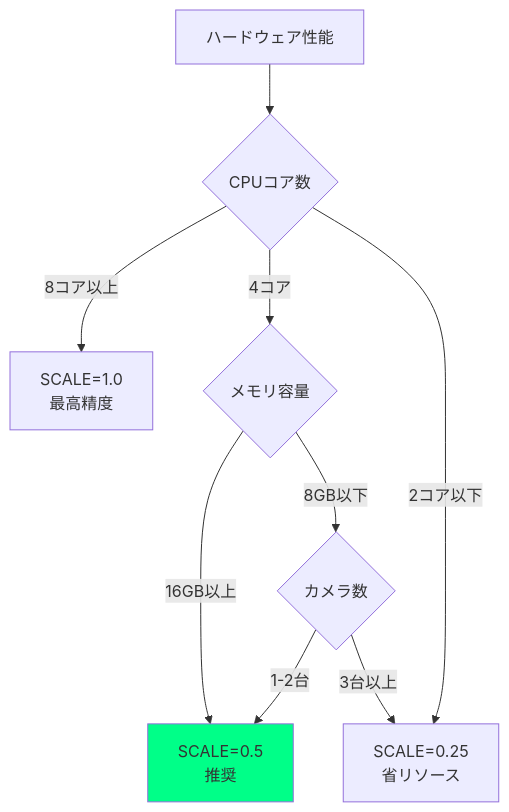
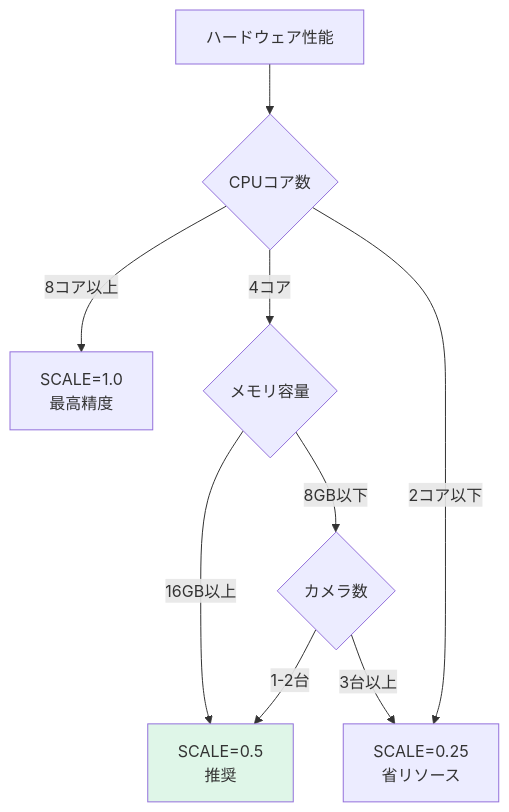
The first of 2 diagrams in documents/CONFIGURATION_GUIDE.md (Masakai/meteo), drawn with Mermaid before and after one commit. The commit also changed 8 other files, not shown here.

Commit message:
- Mermaidダイアグラム用スタイルのカラーパレットを調整   - セーフティカラーを温和なトーンへ変更   - Mermaidテーマ設定のドキュメントやスクリプトを更新 - WebRTC/Go2RTC関連のドキュメント強化   - `go2rtc` コンテナ仕様、図解を追加   - ダッシュボード埋め込み方式とストリーミング設定を反映   - 構築手順にポートや依存関係情報を補足

````diff
--- a/documents/CONFIGURATION_GUIDE.md
+++ b/documents/CONFIGURATION_GUIDE.md
@@ -659,24 +659,24 @@
 ```mermaid
 flowchart TD
     Start["ハードウェア性能"]
     CheckCPU{"CPUコア数"}
     CheckMem{"メモリ容量"}
     CheckCamera{"カメラ数"}
 
     Scale100["SCALE=1.0<br/>最高精度"]
     Scale050["SCALE=0.5<br/>推奨"]
     Scale025["SCALE=0.25<br/>省リソース"]
 
     Start --> CheckCPU
     CheckCPU -->|"8コア以上"| Scale100
     CheckCPU -->|"4コア"| CheckMem
     CheckCPU -->|"2コア以下"| Scale025
 
     CheckMem -->|"16GB以上"| Scale050
     CheckMem -->|"8GB以下"| CheckCamera
 
     CheckCamera -->|"1-2台"| Scale050
     CheckCamera -->|"3台以上"| Scale025
 
-    style Scale050 fill:#00ff88
+    style Scale050 fill:#dff6e8
 ```
````
